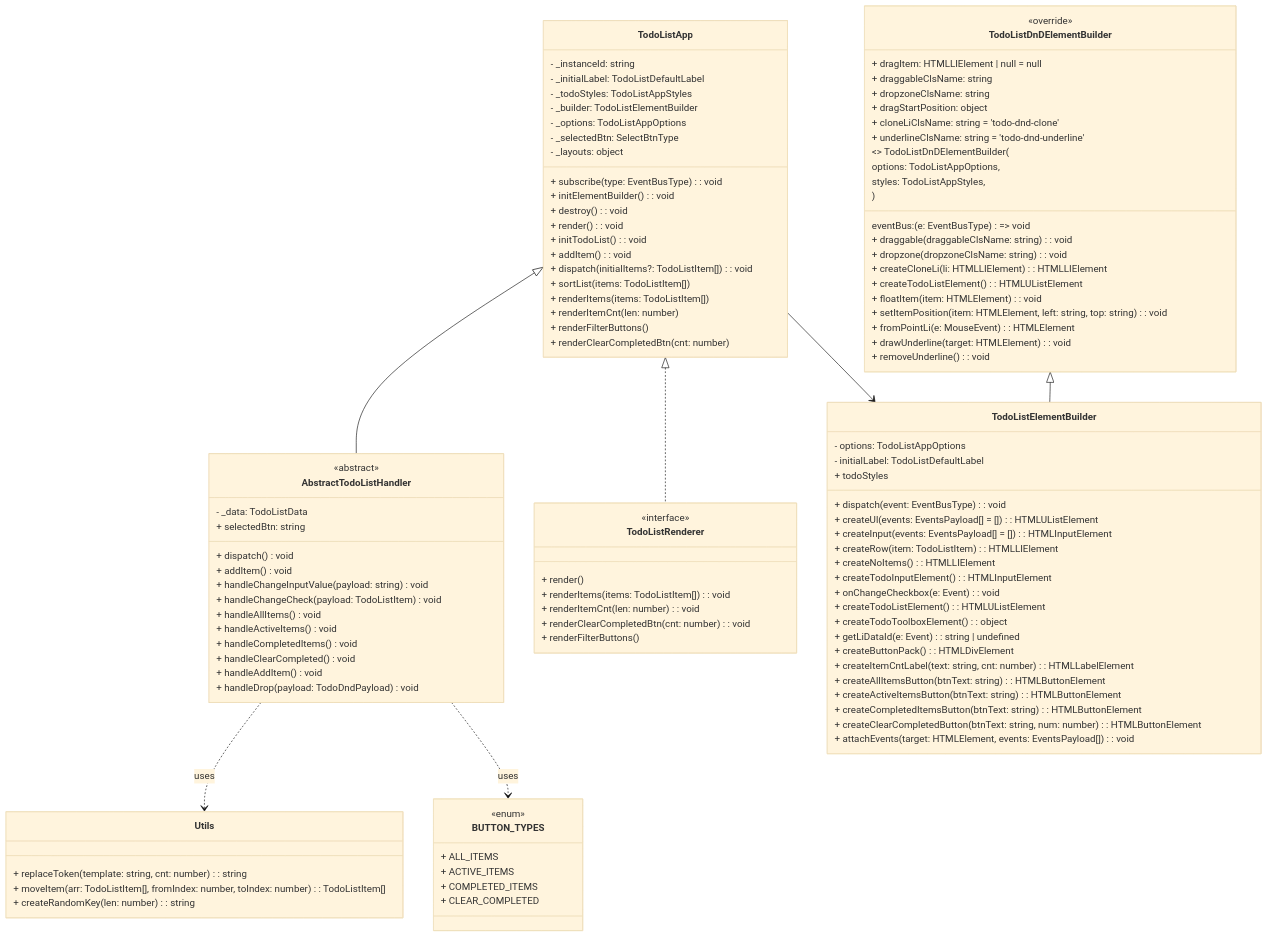
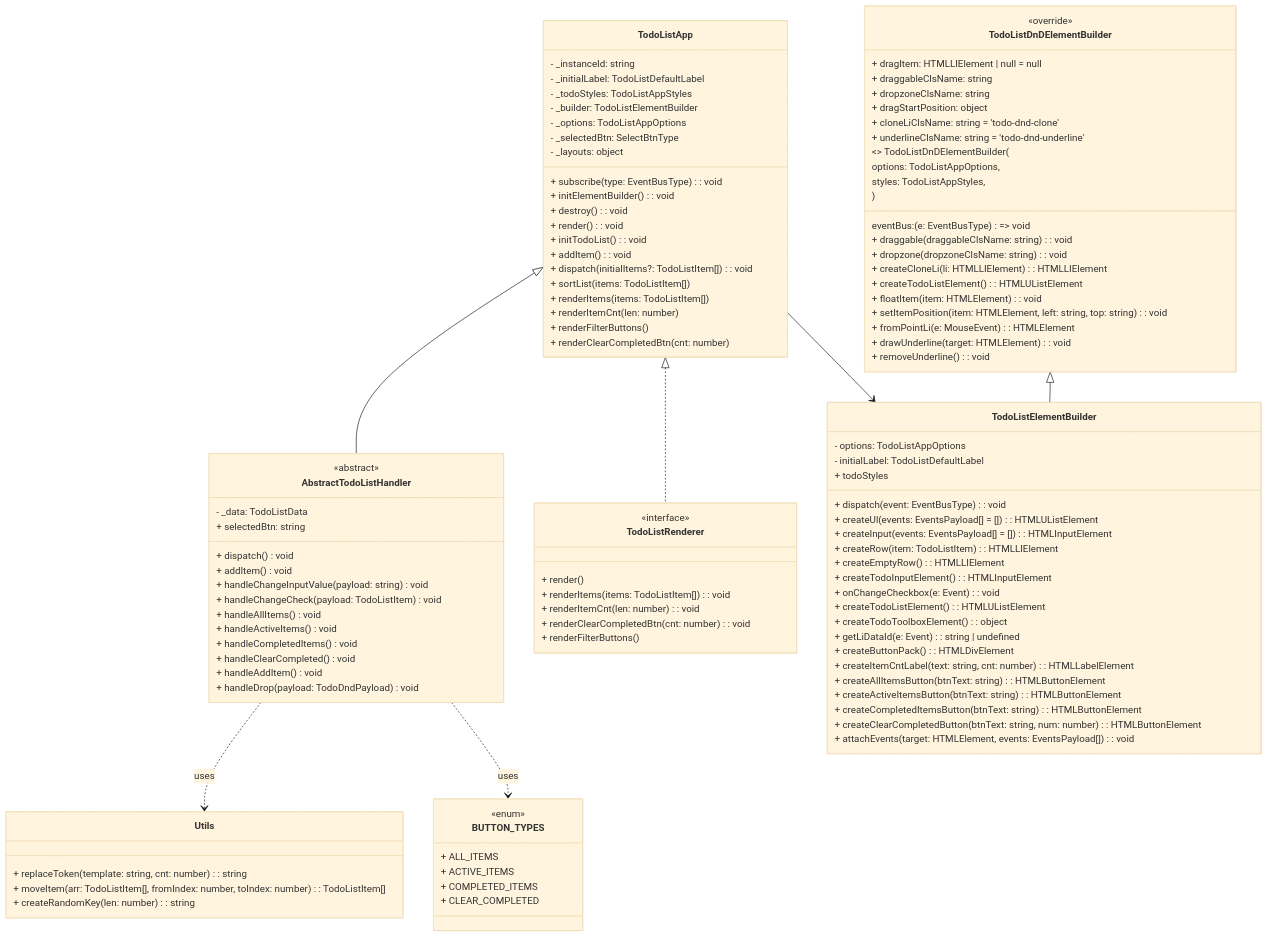
The diagram in README.md (freeteim1/onboarding-by-hoyeongjin), drawn with Mermaid (base theme) before and after one commit. The commit also changed 4 other files, not shown here.

```diff
--- a/README.md
+++ b/README.md
@@ -282,7 +282,7 @@
     + createUl(events: EventsPayload[] = []): HTMLUListElement
     + createInput(events: EventsPayload[] = []): HTMLInputElement
     + createRow(item: TodoListItem): HTMLLIElement
-    + createNoItems(): HTMLLIElement
+    + createEmptyRow(): HTMLLIElement
     + createTodoInputElement(): HTMLInputElement
     + onChangeCheckbox(e: Event): void
     + createTodoListElement(): HTMLUListElement
```
